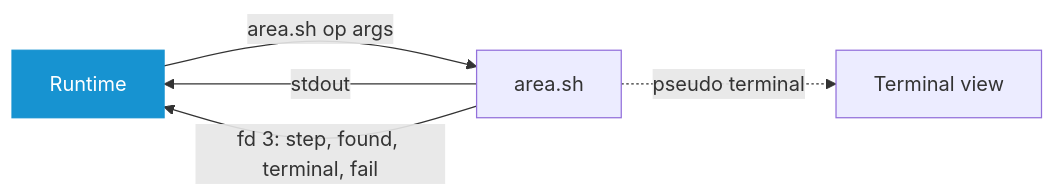
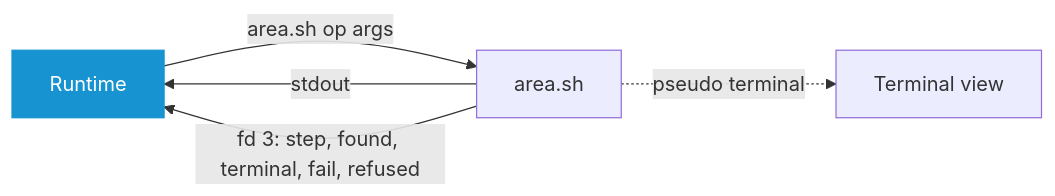
One commit to murkl/arch-os-manager changed the diagram in docs/REFERENCE.md. Above: the diagram before and after it, drawn with Mermaid. The commit also changed other lines of this file and 13 other files, not shown here.

````diff
--- a/docs/REFERENCE.md
+++ b/docs/REFERENCE.md
@@ -240,9 +240,9 @@
 ```mermaid
 flowchart LR
     R[Runtime] -->|area.sh op args| S[area.sh]
     S -->|stdout| R
-    S -->|"fd 3: step, found, terminal, fail"| R
+    S -->|"fd 3: step, found, terminal, fail, refused"| R
     S -.->|pseudo terminal| T[Terminal view]
 
     style R fill:#1793d1,stroke:#1793d1,color:#fff
 ```
````
